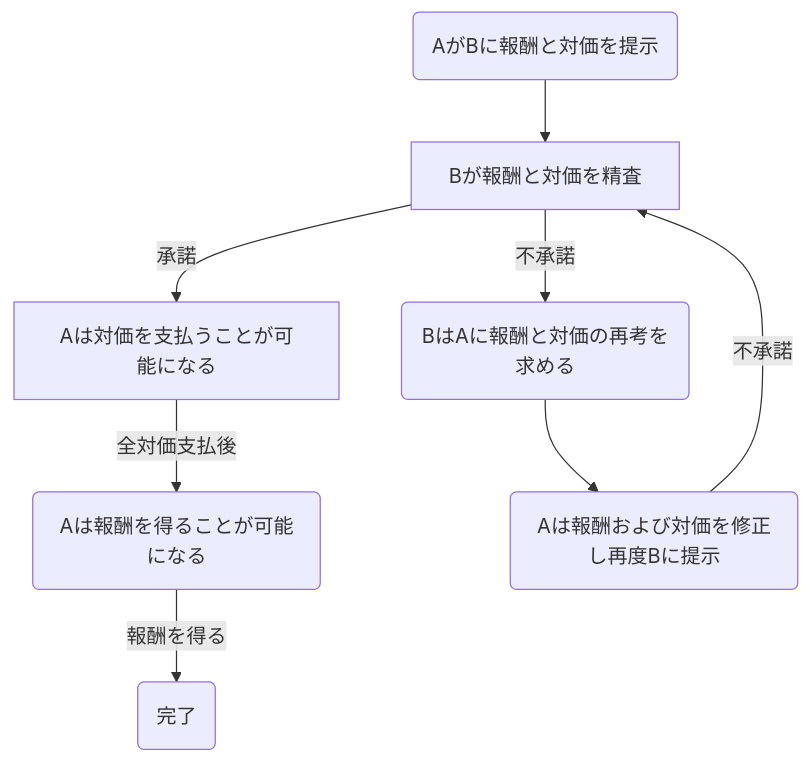
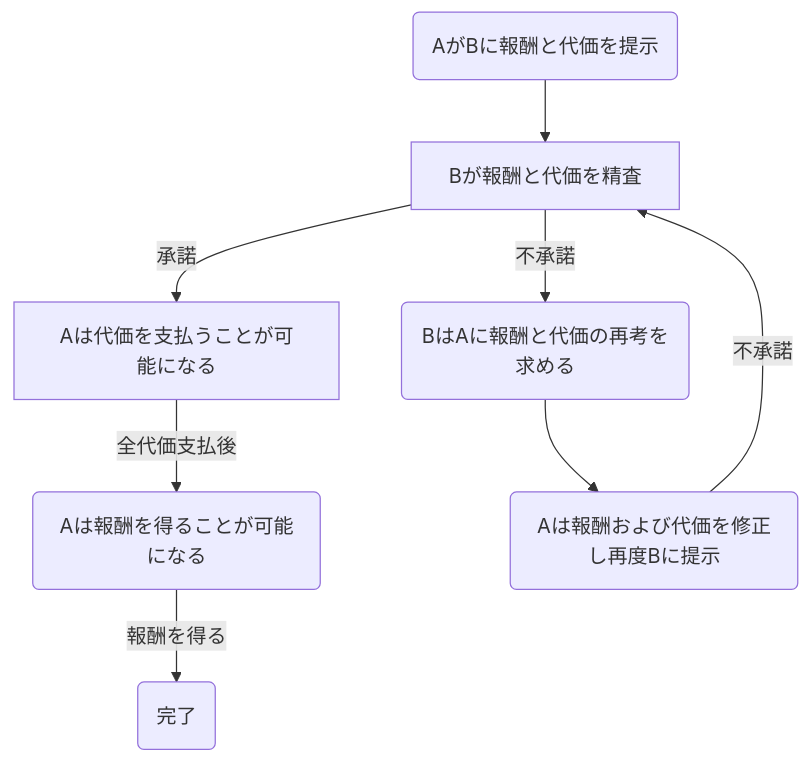
Before and after one commit to Simple0109/KIMOCHI: the diagram in README.md, drawn with Mermaid. The commit also changed other lines of this file, not shown here.

Commit message:
README修正

````diff
--- a/README.md
+++ b/README.md
@@ -17,11 +17,11 @@
 ```mermaid
 graph TD
- A(AがBに報酬と対価を提示)-->B[Bが報酬と対価を精査]
- B-->|承諾| C[Aは対価を支払うことが可能になる]
- C-->|全対価支払後| D(Aは報酬を得ることが可能になる)
+ A(AがBに報酬と代価を提示)-->B[Bが報酬と代価を精査]
+ B-->|承諾| C[Aは代価を支払うことが可能になる]
+ C-->|全代価支払後| D(Aは報酬を得ることが可能になる)
  D-->|報酬を得る| E(完了)
 
- B-->|不承諾| G(BはAに報酬と対価の再考を求める)
- G-->H(Aは報酬および対価を修正し再度Bに提示)
+ B-->|不承諾| G(BはAに報酬と代価の再考を求める)
+ G-->H(Aは報酬および代価を修正し再度Bに提示)
  H-->|不承諾| B
  ```
````
